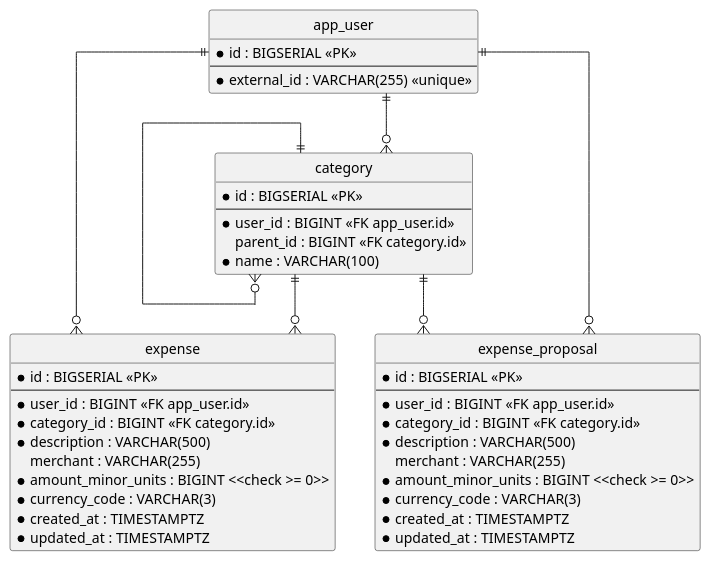
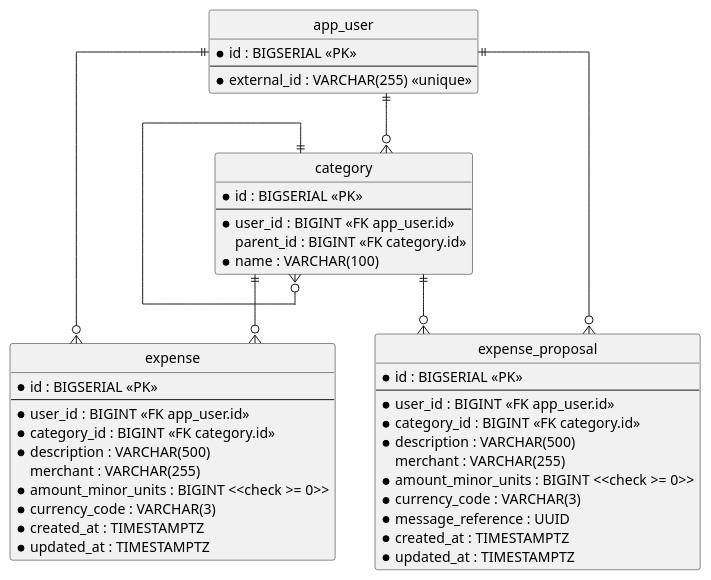
One commit to ds-usova/finance-bot changed the diagram in ledger-service/docs/contracts/out/database.md. Above: the diagram before and after it, drawn with PlantUML. The commit also changed other lines of this file and 94 other files, not shown here.

````diff
--- a/ledger-service/docs/contracts/out/database.md
+++ b/ledger-service/docs/contracts/out/database.md
@@ -14,53 +14,54 @@
 ```plantuml
 @startuml ledger-schema
 hide circle
 skinparam linetype ortho
 
 entity "app_user" as app_user {
   * id : BIGSERIAL <<PK>>
   --
   * external_id : VARCHAR(255) <<unique>>
 }
 
 entity "category" as category {
   * id : BIGSERIAL <<PK>>
   --
   * user_id : BIGINT <<FK app_user.id>>
   parent_id : BIGINT <<FK category.id>>
   * name : VARCHAR(100)
 }
 
 entity "expense" as expense {
   * id : BIGSERIAL <<PK>>
   --
   * user_id : BIGINT <<FK app_user.id>>
   * category_id : BIGINT <<FK category.id>>
   * description : VARCHAR(500)
   merchant : VARCHAR(255)
   * amount_minor_units : BIGINT <<check >= 0>>
   * currency_code : VARCHAR(3)
   * created_at : TIMESTAMPTZ
   * updated_at : TIMESTAMPTZ
 }
 
 entity "expense_proposal" as expense_proposal {
   * id : BIGSERIAL <<PK>>
   --
   * user_id : BIGINT <<FK app_user.id>>
   * category_id : BIGINT <<FK category.id>>
   * description : VARCHAR(500)
   merchant : VARCHAR(255)
   * amount_minor_units : BIGINT <<check >= 0>>
   * currency_code : VARCHAR(3)
+  * message_reference : UUID
   * created_at : TIMESTAMPTZ
   * updated_at : TIMESTAMPTZ
 }
 
 app_user ||--o{ category
 category ||--o{ category
 app_user ||--o{ expense
 category ||--o{ expense
 app_user ||--o{ expense_proposal
 category ||--o{ expense_proposal
 @enduml
 ```
````
